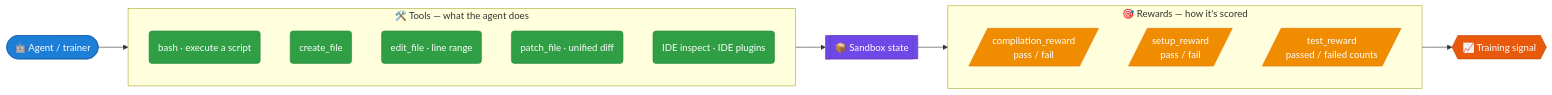
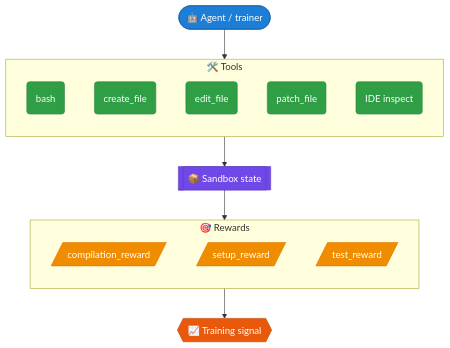
Before and after one commit to JetBrains-Research/idegym: the diagram in website/docs/architecture/rewards-tools.md, drawn with Mermaid. The commit also changed 3 other files, not shown here.

First line of the commit message:
[JBRes-9938] fix misleading cursor + un-stretch wide diagrams

````diff
--- a/website/docs/architecture/rewards-tools.md
+++ b/website/docs/architecture/rewards-tools.md
@@ -14,34 +14,36 @@
 ```mermaid
-flowchart LR
-    subgraph tools["🛠️ Tools — what the agent does"]
-        bash("bash · execute a script"):::tool
+flowchart TB
+    subgraph tools["🛠️ Tools"]
+        direction TB
+        bash("bash"):::tool
         cf("create_file"):::tool
-        ef("edit_file · line range"):::tool
-        pf("patch_file · unified diff"):::tool
-        inspect("IDE inspect · IDE plugins"):::tool
+        ef("edit_file"):::tool
+        pf("patch_file"):::tool
+        inspect("IDE inspect"):::tool
     end
 
-    subgraph rewards["🎯 Rewards — how it's scored"]
-        comp[/"compilation_reward<br/>pass / fail"/]:::build
-        setup[/"setup_reward<br/>pass / fail"/]:::build
-        test[/"test_reward<br/>passed / failed counts"/]:::build
+    subgraph rewards["🎯 Rewards"]
+        direction TB
+        comp[/"compilation_reward"/]:::build
+        setup[/"setup_reward"/]:::build
+        test[/"test_reward"/]:::build
     end
 
     agent(["🤖 Agent / trainer"]):::client --> tools --> env[["📦 Sandbox state"]]:::pod
     env --> rewards --> signal{{"📈 Training signal"}}:::ctrl
 
     classDef tool fill:#2f9e44,stroke:#2b8a3e,color:#fff;
     classDef build fill:#f08c00,stroke:#e67700,color:#fff;
     classDef client fill:#1c7ed6,stroke:#1864ab,color:#fff;
     classDef pod fill:#7048e8,stroke:#5f3dc4,color:#fff;
     classDef ctrl fill:#e8590c,stroke:#c04405,color:#fff;
 
     click bash "https://github.com/JetBrains-Research/idegym/blob/main/tools/src/idegym/tools/tool_service.py" "tool service source"
     click cf "https://github.com/JetBrains-Research/idegym/blob/main/tools/src/idegym/tools/file_manager.py" "file manager source"
     click ef "https://github.com/JetBrains-Research/idegym/blob/main/tools/src/idegym/tools/file_manager.py" "file manager source"
     click pf "https://github.com/JetBrains-Research/idegym/blob/main/tools/src/idegym/tools/file_manager.py" "file manager source"
     click inspect "https://github.com/JetBrains-Research/idegym/blob/main/plugins/pycharm/src/idegym/plugins/pycharm/server.py" "IDE inspect plugin source"
     click comp "https://github.com/JetBrains-Research/idegym/blob/main/rewards/src/idegym/rewards/compilation_checker.py" "compilation checker source"
     click setup "https://github.com/JetBrains-Research/idegym/blob/main/rewards/src/idegym/rewards/setup_checker.py" "setup checker source"
     click test "https://github.com/JetBrains-Research/idegym/blob/main/rewards/src/idegym/rewards/test_checker.py" "test checker source"
 ```
````
